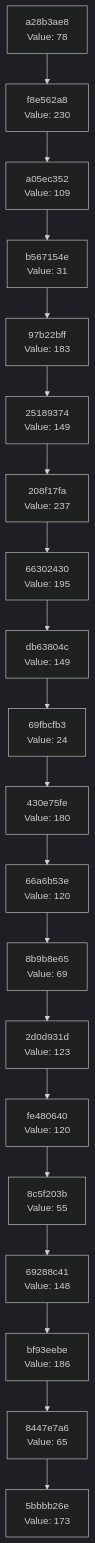
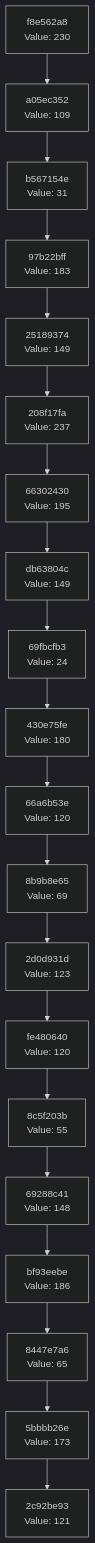
One commit to Abhisheksinha1506/hash-chain-evolver changed the diagram in docs/CHAIN_VISUALIZATION.md. Above: the diagram before and after it, drawn with Mermaid (dark theme). The commit also changed 2 other files, not shown here.

Commit message:
Evolution Step

````diff
--- a/docs/CHAIN_VISUALIZATION.md
+++ b/docs/CHAIN_VISUALIZATION.md
@@ -3,42 +3,42 @@
 ```mermaid
 graph TD
-    C0["5bbbb26e<br/>Value: 173"]
-    C1["8447e7a6<br/>Value: 65"]
+    C0["2c92be93<br/>Value: 121"]
+    C1["5bbbb26e<br/>Value: 173"]
     C1 --> C0
-    C2["bf93eebe<br/>Value: 186"]
+    C2["8447e7a6<br/>Value: 65"]
     C2 --> C1
-    C3["69288c41<br/>Value: 148"]
+    C3["bf93eebe<br/>Value: 186"]
     C3 --> C2
-    C4["8c5f203b<br/>Value: 55"]
+    C4["69288c41<br/>Value: 148"]
     C4 --> C3
-    C5["fe480640<br/>Value: 120"]
+    C5["8c5f203b<br/>Value: 55"]
     C5 --> C4
-    C6["2d0d931d<br/>Value: 123"]
+    C6["fe480640<br/>Value: 120"]
     C6 --> C5
-    C7["8b9b8e65<br/>Value: 69"]
+    C7["2d0d931d<br/>Value: 123"]
     C7 --> C6
-    C8["66a6b53e<br/>Value: 120"]
+    C8["8b9b8e65<br/>Value: 69"]
     C8 --> C7
-    C9["430e75fe<br/>Value: 180"]
+    C9["66a6b53e<br/>Value: 120"]
     C9 --> C8
-    C10["69fbcfb3<br/>Value: 24"]
+    C10["430e75fe<br/>Value: 180"]
     C10 --> C9
-    C11["db63804c<br/>Value: 149"]
+    C11["69fbcfb3<br/>Value: 24"]
     C11 --> C10
-    C12["66302430<br/>Value: 195"]
+    C12["db63804c<br/>Value: 149"]
     C12 --> C11
-    C13["208f17fa<br/>Value: 237"]
+    C13["66302430<br/>Value: 195"]
     C13 --> C12
-    C14["25189374<br/>Value: 149"]
+    C14["208f17fa<br/>Value: 237"]
     C14 --> C13
-    C15["97b22bff<br/>Value: 183"]
+    C15["25189374<br/>Value: 149"]
     C15 --> C14
-    C16["b567154e<br/>Value: 31"]
+    C16["97b22bff<br/>Value: 183"]
     C16 --> C15
-    C17["a05ec352<br/>Value: 109"]
+    C17["b567154e<br/>Value: 31"]
     C17 --> C16
-    C18["f8e562a8<br/>Value: 230"]
+    C18["a05ec352<br/>Value: 109"]
     C18 --> C17
-    C19["a28b3ae8<br/>Value: 78"]
+    C19["f8e562a8<br/>Value: 230"]
     C19 --> C18
 ```
````
